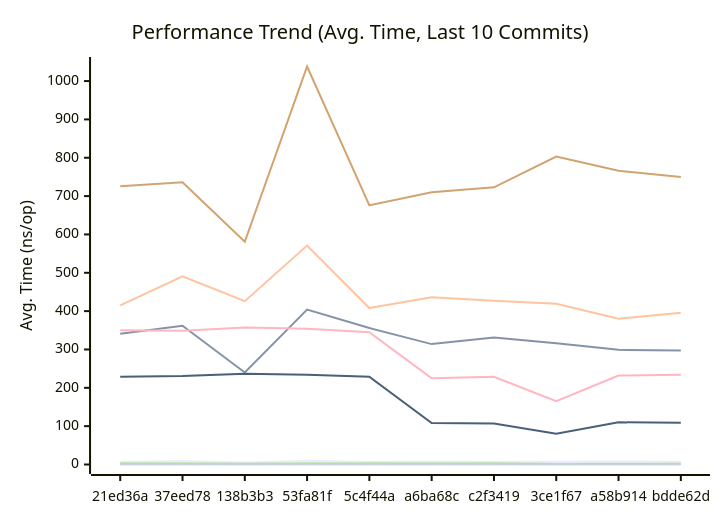
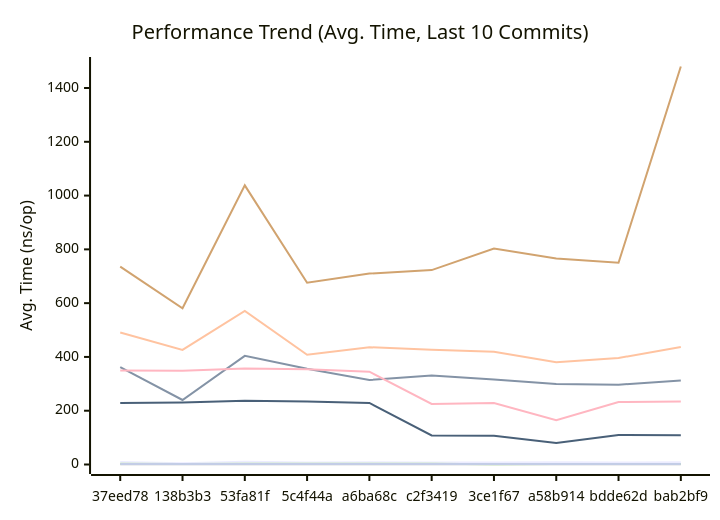
Before and after one commit to alsotoes/momo: the first of 3 diagrams in docs/PERFORMANCE.md, drawn with Mermaid. The commit also changed other lines of this file and 2 other files, not shown here.

````diff
--- a/docs/PERFORMANCE.md
+++ b/docs/PERFORMANCE.md
@@ -82,16 +82,16 @@
 ```mermaid
 xychart-beta
     title "Performance Trend (Avg. Time, Last 10 Commits)"
     x-axis "Commit"
     y-axis "Avg. Time (ns/op)"
-    x-axis [21ed36a,37eed78,138b3b3,53fa81f,5c4f44a,a6ba68c,c2f3419,3ce1f67,a58b914,bdde62d]
-    line "CheckMetricsAndSwap" [7,9,5,10,7,8,7,7,8,7]
-    line "CrushOptimized" [341,362,240,404,356,314,331,316,299,297]
-    line "CrushOriginal" [415,491,426,571,408,436,427,419,380,396]
+    x-axis [37eed78,138b3b3,53fa81f,5c4f44a,a6ba68c,c2f3419,3ce1f67,a58b914,bdde62d,bab2bf9]
+    line "CheckMetricsAndSwap" [9,5,10,7,8,7,7,8,7,8]
+    line "CrushOptimized" [362,240,404,356,314,331,316,299,297,312]
+    line "CrushOriginal" [491,426,571,408,436,427,419,380,396,437]
     line "IndexDirectTracking" [0,0,0,0,0,0,0,0,0,0]
-    line "IndexSearch" [3,3,2,3,3,3,3,1,2,2]
-    line "LoadGlobalConfig" [726,736,581,1038,676,710,723,803,766,750]
+    line "IndexSearch" [3,2,3,3,3,3,1,2,2,2]
+    line "LoadGlobalConfig" [736,581,1038,676,710,723,803,766,750,1480]
     line "PadString" [2,2,2,2,2,2,2,2,2,2]
     line "ParseReplicationOrder_NoPrealloc" [350,349,357,354,345,225,229,165,232,234]
     line "ParseReplicationOrder_Prealloc" [229,231,237,234,229,108,107,80,110,109]
 ```
````
